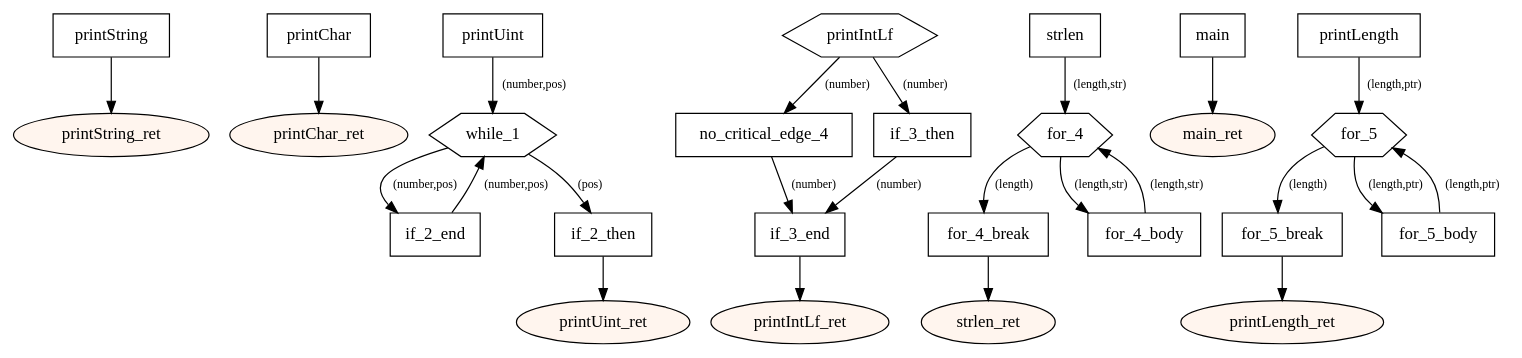
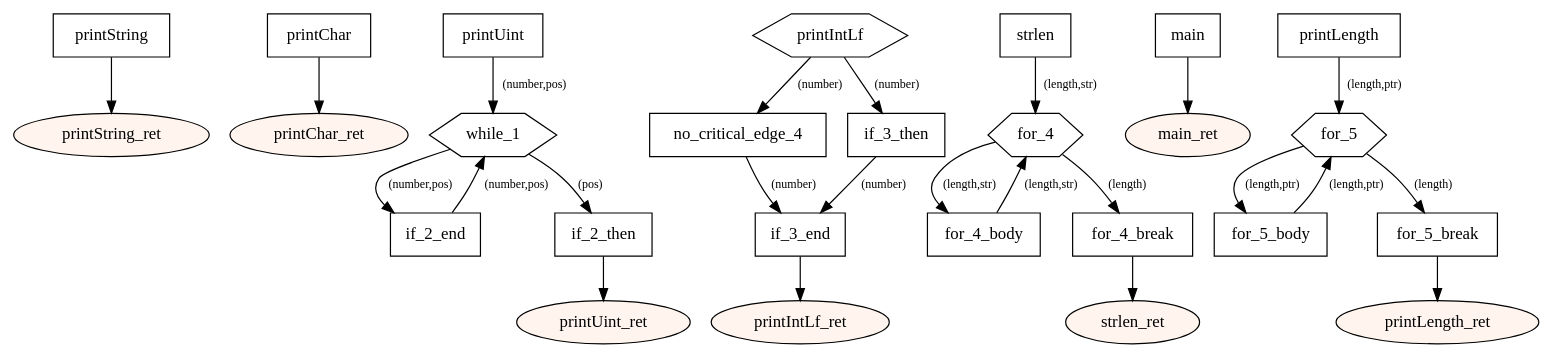
The diagram in src/main/resources-test/strings.dot (tmssngr/tinyC), drawn with Graphviz before and after one commit. The commit also changed other lines of this file and 51 other files, not shown here.

```diff
--- a/src/main/resources-test/strings.dot
+++ b/src/main/resources-test/strings.dot
@@ -1,66 +1,66 @@
 digraph program {
 	edge[fontsize="10pt"];
 	subgraph fn_printString {
 		BasicBlock_0_printString [label="printString",shape=box];
 		BasicBlock_0_printString -> BasicBlock_0_printString_ret;
 		BasicBlock_0_printString_ret [label="printString_ret",shape=oval,style=filled,fillcolor="#fff5ee"];
 	}
 	subgraph fn_printChar {
 		BasicBlock_1_printChar [label="printChar",shape=box];
 		BasicBlock_1_printChar -> BasicBlock_1_printChar_ret;
 		BasicBlock_1_printChar_ret [label="printChar_ret",shape=oval,style=filled,fillcolor="#fff5ee"];
 	}
 	subgraph fn_printUint {
 		BasicBlock_2_printUint [label="printUint",shape=box];
 		BasicBlock_2_printUint -> BasicBlock_2_while_1 [label="(number,pos)"];
+		BasicBlock_2_if_2_end [label="if_2_end",shape=box];
+		BasicBlock_2_if_2_end -> BasicBlock_2_while_1 [label="(number,pos)"];
 		BasicBlock_2_while_1 [label="while_1",shape=hexagon];
 		BasicBlock_2_while_1 -> BasicBlock_2_if_2_end [label="(number,pos)"];
 		BasicBlock_2_while_1 -> BasicBlock_2_if_2_then [label="(pos)"];
 		BasicBlock_2_if_2_then [label="if_2_then",shape=box];
 		BasicBlock_2_if_2_then -> BasicBlock_2_printUint_ret;
-		BasicBlock_2_if_2_end [label="if_2_end",shape=box];
-		BasicBlock_2_if_2_end -> BasicBlock_2_while_1 [label="(number,pos)"];
 		BasicBlock_2_printUint_ret [label="printUint_ret",shape=oval,style=filled,fillcolor="#fff5ee"];
 	}
 	subgraph fn_printIntLf {
 		BasicBlock_3_printIntLf [label="printIntLf",shape=hexagon];
 		BasicBlock_3_printIntLf -> BasicBlock_3_no_critical_edge_4 [label="(number)"];
 		BasicBlock_3_printIntLf -> BasicBlock_3_if_3_then [label="(number)"];
+		BasicBlock_3_no_critical_edge_4 [label="no_critical_edge_4",shape=box];
+		BasicBlock_3_no_critical_edge_4 -> BasicBlock_3_if_3_end [label="(number)"];
 		BasicBlock_3_if_3_then [label="if_3_then",shape=box];
 		BasicBlock_3_if_3_then -> BasicBlock_3_if_3_end [label="(number)"];
-		BasicBlock_3_no_critical_edge_4 [label="no_critical_edge_4",shape=box];
-		BasicBlock_3_no_critical_edge_4 -> BasicBlock_3_if_3_end [label="(number)"];
 		BasicBlock_3_if_3_end [label="if_3_end",shape=box];
 		BasicBlock_3_if_3_end -> BasicBlock_3_printIntLf_ret;
 		BasicBlock_3_printIntLf_ret [label="printIntLf_ret",shape=oval,style=filled,fillcolor="#fff5ee"];
 	}
 	subgraph fn_strlen {
 		BasicBlock_4_strlen [label="strlen",shape=box];
 		BasicBlock_4_strlen -> BasicBlock_4_for_4 [label="(length,str)"];
+		BasicBlock_4_for_4_body [label="for_4_body",shape=box];
+		BasicBlock_4_for_4_body -> BasicBlock_4_for_4 [label="(length,str)"];
 		BasicBlock_4_for_4 [label="for_4",shape=hexagon];
 		BasicBlock_4_for_4 -> BasicBlock_4_for_4_break [label="(length)"];
 		BasicBlock_4_for_4 -> BasicBlock_4_for_4_body [label="(length,str)"];
-		BasicBlock_4_for_4_body [label="for_4_body",shape=box];
-		BasicBlock_4_for_4_body -> BasicBlock_4_for_4 [label="(length,str)"];
 		BasicBlock_4_for_4_break [label="for_4_break",shape=box];
 		BasicBlock_4_for_4_break -> BasicBlock_4_strlen_ret;
 		BasicBlock_4_strlen_ret [label="strlen_ret",shape=oval,style=filled,fillcolor="#fff5ee"];
 	}
 	subgraph fn_main {
 		BasicBlock_5_main [label="main",shape=box];
 		BasicBlock_5_main -> BasicBlock_5_main_ret;
 		BasicBlock_5_main_ret [label="main_ret",shape=oval,style=filled,fillcolor="#fff5ee"];
 	}
 	subgraph fn_printLength {
 		BasicBlock_6_printLength [label="printLength",shape=box];
 		BasicBlock_6_printLength -> BasicBlock_6_for_5 [label="(length,ptr)"];
+		BasicBlock_6_for_5_body [label="for_5_body",shape=box];
+		BasicBlock_6_for_5_body -> BasicBlock_6_for_5 [label="(length,ptr)"];
 		BasicBlock_6_for_5 [label="for_5",shape=hexagon];
 		BasicBlock_6_for_5 -> BasicBlock_6_for_5_break [label="(length)"];
 		BasicBlock_6_for_5 -> BasicBlock_6_for_5_body [label="(length,ptr)"];
-		BasicBlock_6_for_5_body [label="for_5_body",shape=box];
-		BasicBlock_6_for_5_body -> BasicBlock_6_for_5 [label="(length,ptr)"];
 		BasicBlock_6_for_5_break [label="for_5_break",shape=box];
 		BasicBlock_6_for_5_break -> BasicBlock_6_printLength_ret;
 		BasicBlock_6_printLength_ret [label="printLength_ret",shape=oval,style=filled,fillcolor="#fff5ee"];
 	}
 }
```
